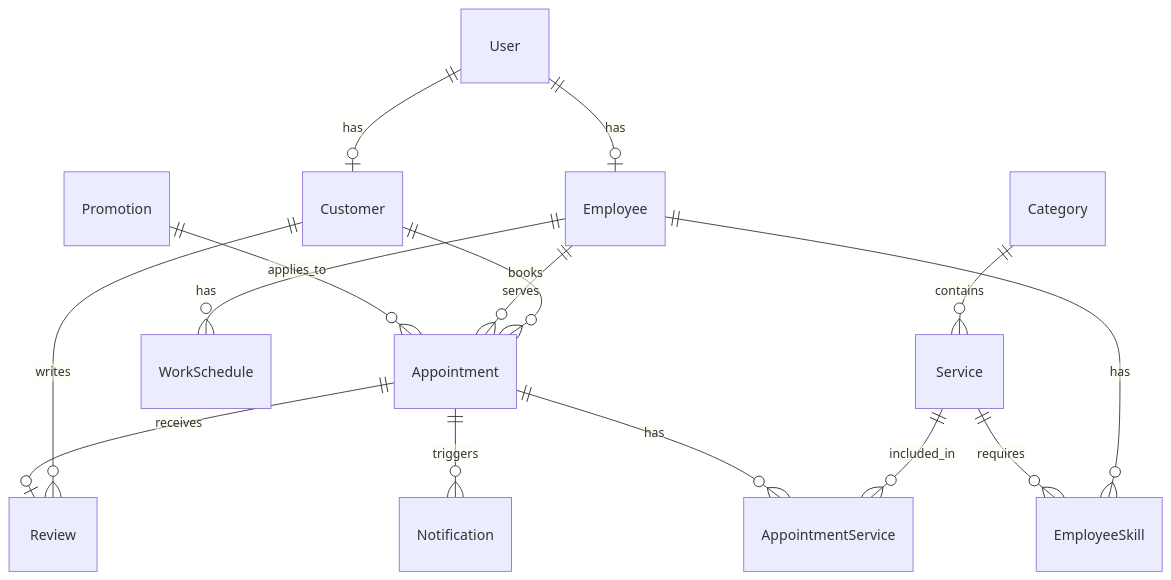
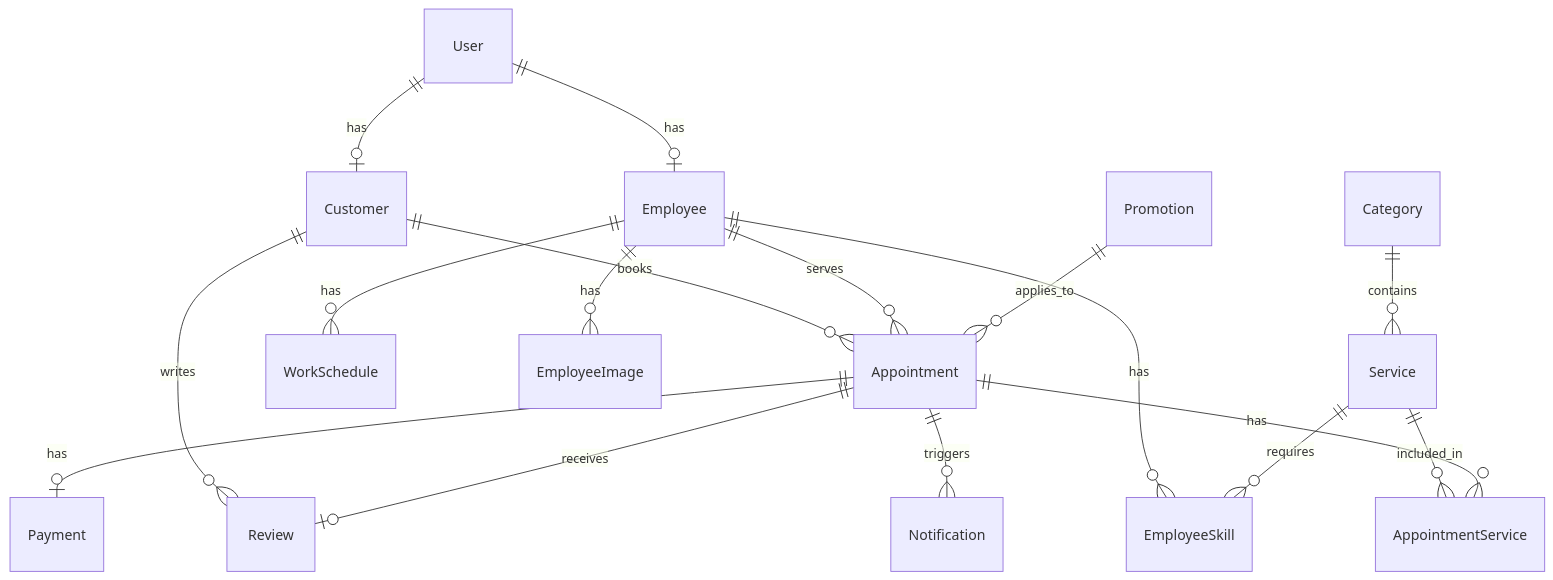
One commit to philonghmaye/yu-spa-beauty changed the diagram in docs/PRD.md. Above: the diagram before and after it, drawn with Mermaid. The commit also changed other lines of this file and 17 other files, not shown here.

````diff
--- a/docs/PRD.md
+++ b/docs/PRD.md
@@ -70,17 +82,19 @@
 ```mermaid
 erDiagram
     User ||--o| Customer : has
     User ||--o| Employee : has
     Customer ||--o{ Appointment : books
     Customer ||--o{ Review : writes
     Employee ||--o{ Appointment : serves
     Employee ||--o{ EmployeeSkill : has
     Employee ||--o{ WorkSchedule : has
+    Employee ||--o{ EmployeeImage : has
     Category ||--o{ Service : contains
     Service ||--o{ EmployeeSkill : requires
     Service ||--o{ AppointmentService : included_in
     Appointment ||--o{ AppointmentService : has
     Appointment ||--o| Review : receives
     Appointment ||--o{ Notification : triggers
+    Appointment ||--o| Payment : has
     Promotion ||--o{ Appointment : applies_to
 ```
````
